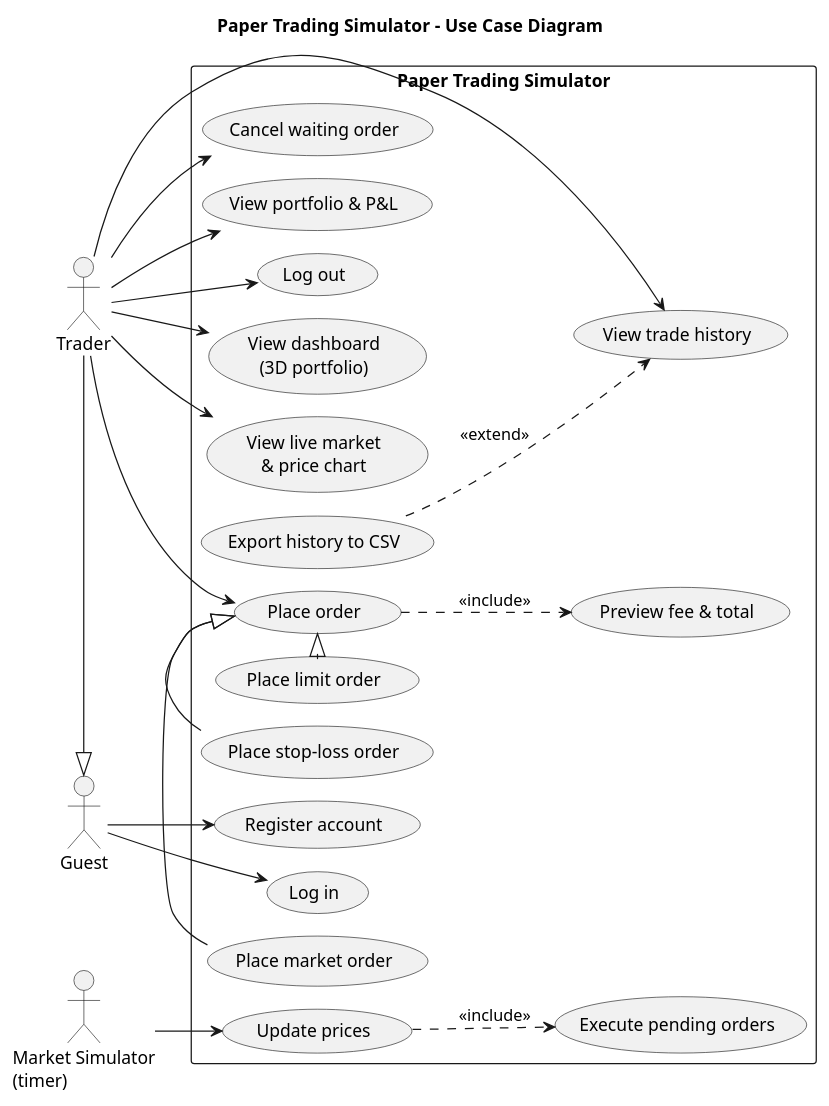
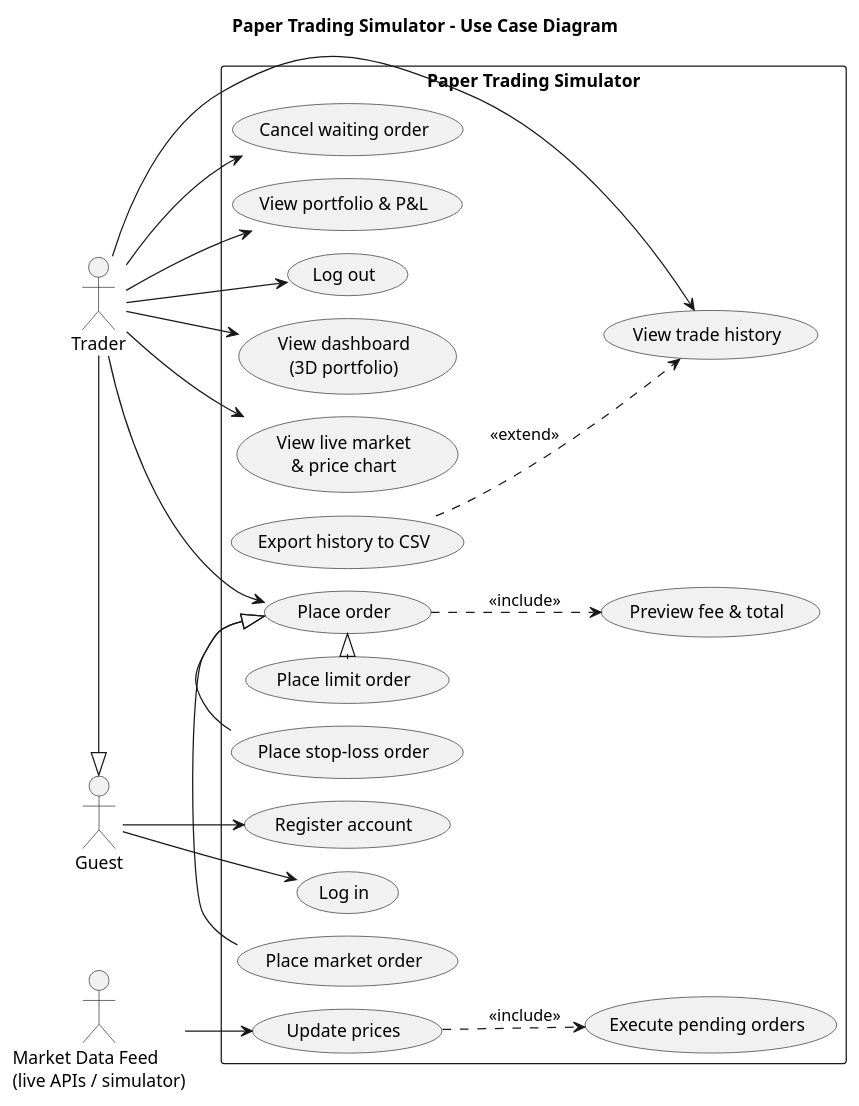
One commit to Aarav471471/Finance-paper-trading-simulator changed the diagram in docs/uml/use-case-diagram.puml. Above: the diagram before and after it, drawn with PlantUML. The commit also changed 11 other files, not shown here.

First line of the commit message:
Spiral loop 5: update SRS, UML and docs for real market data

```diff
--- a/docs/uml/use-case-diagram.puml
+++ b/docs/uml/use-case-diagram.puml
@@ -1,47 +1,47 @@
 @startuml use-case-diagram
 !pragma layout smetana
 title Paper Trading Simulator - Use Case Diagram
 left to right direction
 skinparam shadowing false
 actor Trader
 actor "Guest" as Guest
-actor "Market Simulator\n(timer)" as Clock
+actor "Market Data Feed\n(live APIs / simulator)" as Clock
 
 rectangle "Paper Trading Simulator" {
   usecase "Register account" as UC1
   usecase "Log in" as UC2
   usecase "Log out" as UC3
   usecase "View dashboard\n(3D portfolio)" as UC4
   usecase "View live market\n& price chart" as UC5
   usecase "Place order" as UC6
   usecase "Place market order" as UC6a
   usecase "Place limit order" as UC6b
   usecase "Place stop-loss order" as UC6c
   usecase "Preview fee & total" as UC7
   usecase "Cancel waiting order" as UC8
   usecase "View portfolio & P&L" as UC9
   usecase "View trade history" as UC10
   usecase "Export history to CSV" as UC11
   usecase "Update prices" as UC12
   usecase "Execute pending orders" as UC13
 }
 
 Guest --> UC1
 Guest --> UC2
 Trader --> UC3
 Trader --> UC4
 Trader --> UC5
 Trader --> UC6
 Trader --> UC8
 Trader --> UC9
 Trader --> UC10
 Clock --> UC12
 
 UC6a -|> UC6
 UC6b -|> UC6
 UC6c -|> UC6
 UC6 ..> UC7 : <<include>>
 UC11 ..> UC10 : <<extend>>
 UC12 ..> UC13 : <<include>>
 Trader -|> Guest
 @enduml
```
